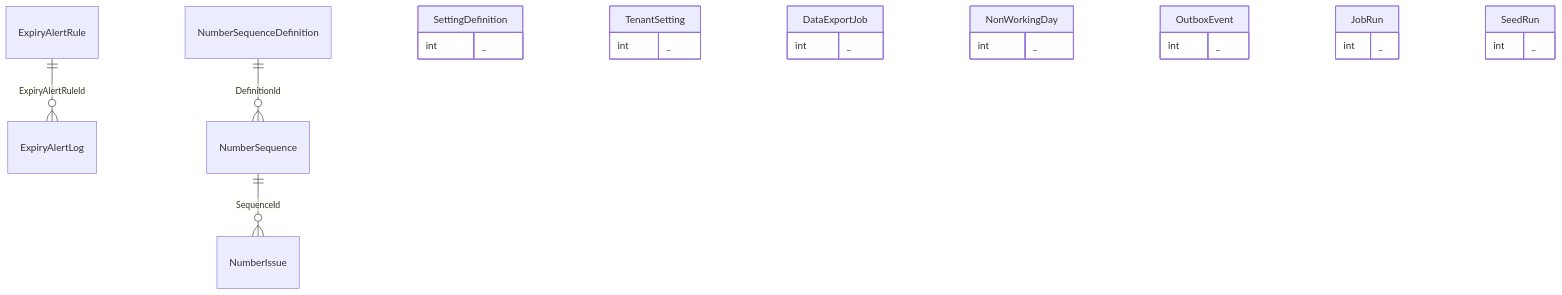
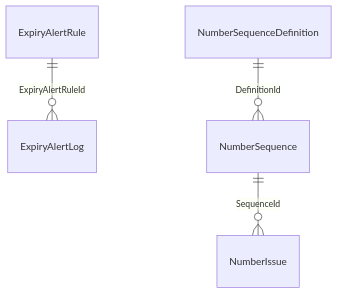
The fifth of 20 diagrams in treasury-platform/docs/22-erd-by-schema.md (thawrasy/smartlines), drawn with Mermaid before and after one commit. The commit also changed other lines of this file and 38 other files, not shown here.

First line of the commit message:
Embed ERD, isolation, access-role and lifecycle diagrams in the database design document (v0.2)

````diff
--- a/treasury-platform/docs/22-erd-by-schema.md
+++ b/treasury-platform/docs/22-erd-by-schema.md
@@ -82,13 +79,6 @@
 ```mermaid
 erDiagram
   ExpiryAlertRule ||--o{ ExpiryAlertLog : "ExpiryAlertRuleId"
   NumberSequence ||--o{ NumberIssue : "SequenceId"
   NumberSequenceDefinition ||--o{ NumberSequence : "DefinitionId"
-  SettingDefinition { int _ }
-  TenantSetting { int _ }
-  DataExportJob { int _ }
-  NonWorkingDay { int _ }
-  OutboxEvent { int _ }
-  JobRun { int _ }
-  SeedRun { int _ }
 ```
````
